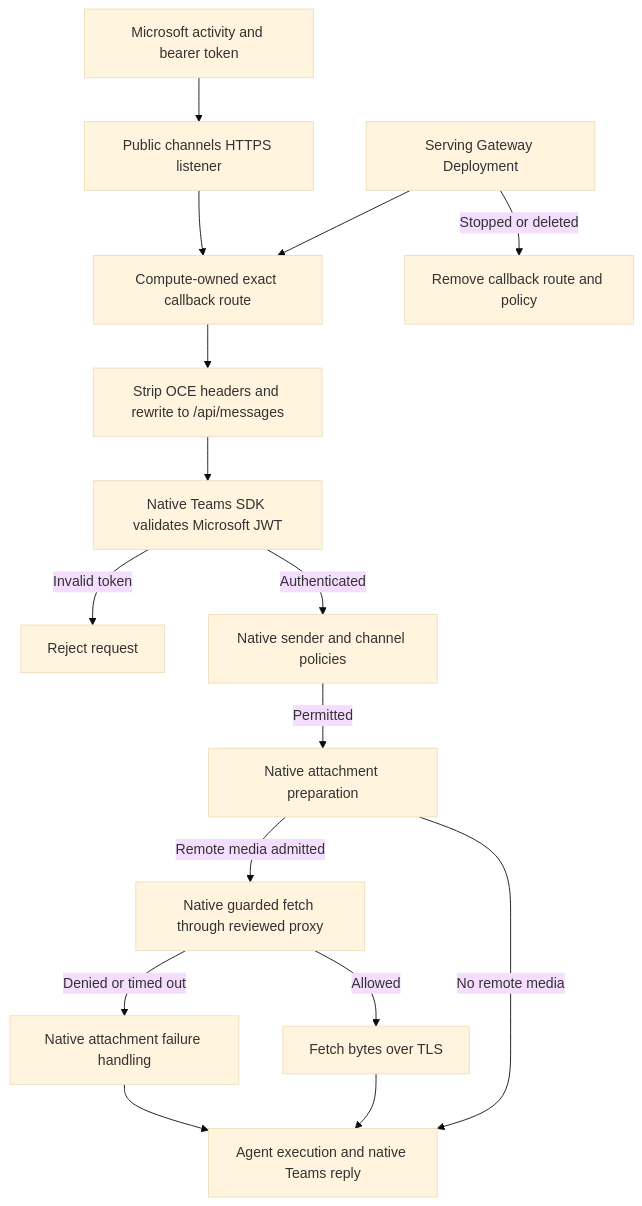
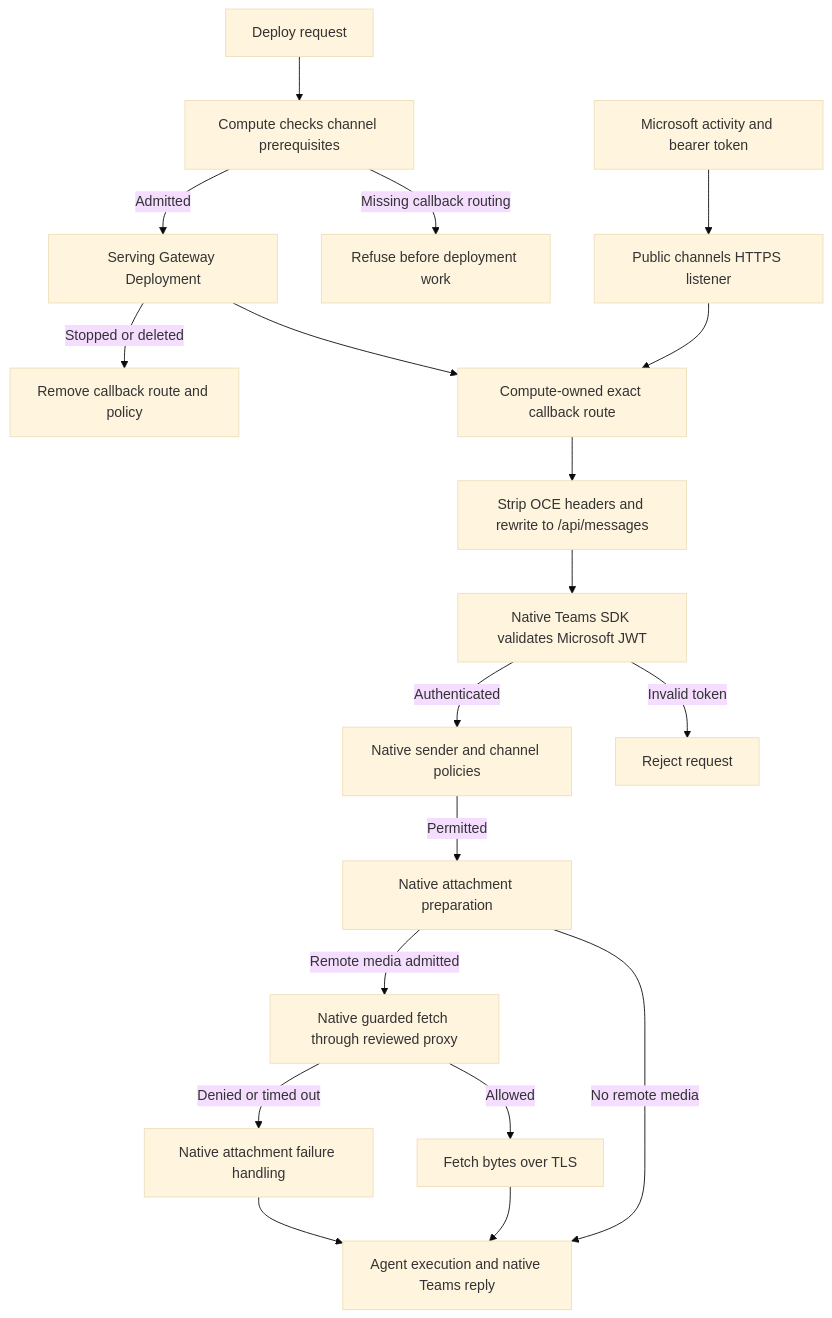
Before and after one commit to raw-labs/openclaw-enterprise: the diagram in docs/flows/agent-channel-ingress.md, drawn with Mermaid (base theme). The commit also changed other lines of this file and 4 other files, not shown here.

Commit message:
fix: refuse missing Teams callback routing at admission

````diff
--- a/docs/flows/agent-channel-ingress.md
+++ b/docs/flows/agent-channel-ingress.md
@@ -29,18 +29,21 @@
 ```mermaid
 graph TD
+  I["Deploy request"] --> V["Compute checks channel prerequisites"]
+  V -->|"Missing callback routing"| E["Refuse before deployment work"]
+  V -->|"Admitted"| D
   D["Serving Gateway Deployment"] --> R["Compute-owned exact callback route"]
   M["Microsoft activity and bearer token"] --> L["Public channels HTTPS listener"]
   L --> R
   R --> H["Strip OCE headers and rewrite to /api/messages"]
   H --> S["Native Teams SDK validates Microsoft JWT"]
   S -->|"Invalid token"| X["Reject request"]
   S -->|"Authenticated"| P["Native sender and channel policies"]
   P -->|"Permitted"| F["Native attachment preparation"]
   F -->|"No remote media"| A["Agent execution and native Teams reply"]
   F -->|"Remote media admitted"| Q["Native guarded fetch through reviewed proxy"]
   Q -->|"Allowed"| B["Fetch bytes over TLS"]
   Q -->|"Denied or timed out"| N["Native attachment failure handling"]
   B --> A
   N --> A
   D -->|"Stopped or deleted"| C["Remove callback route and policy"]
 ```
````
